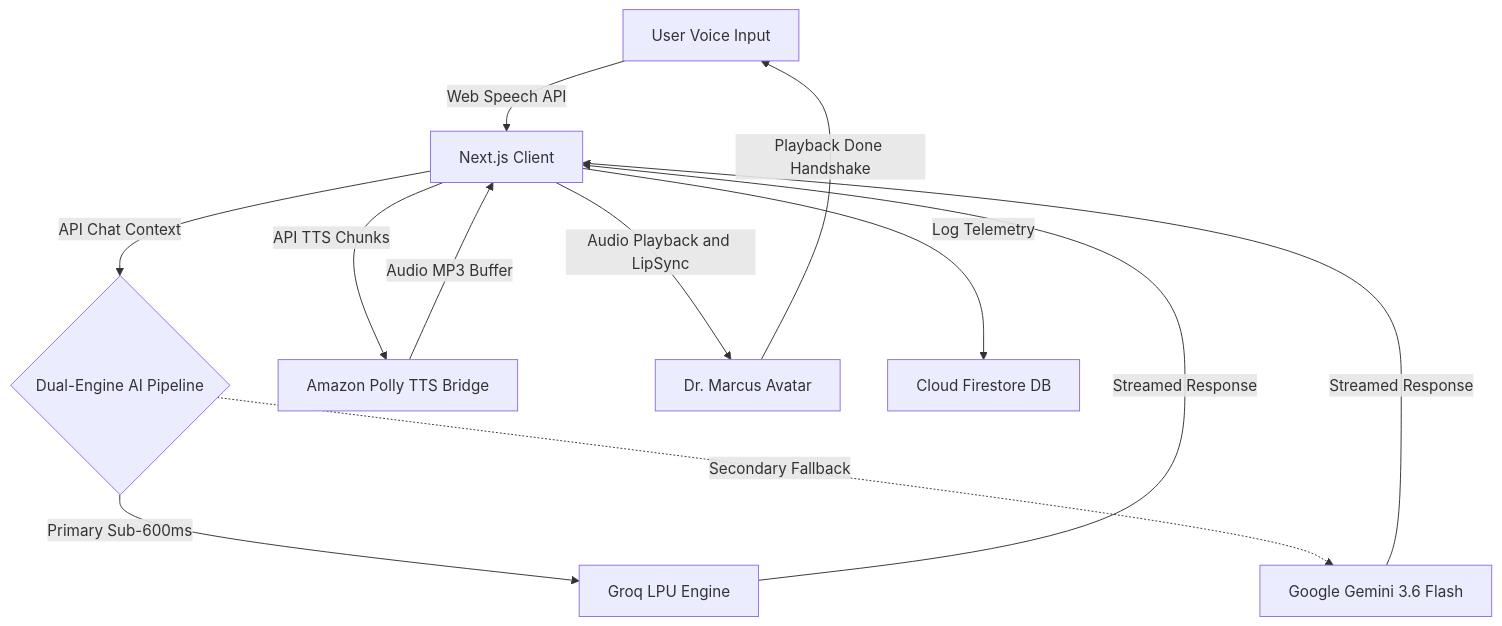
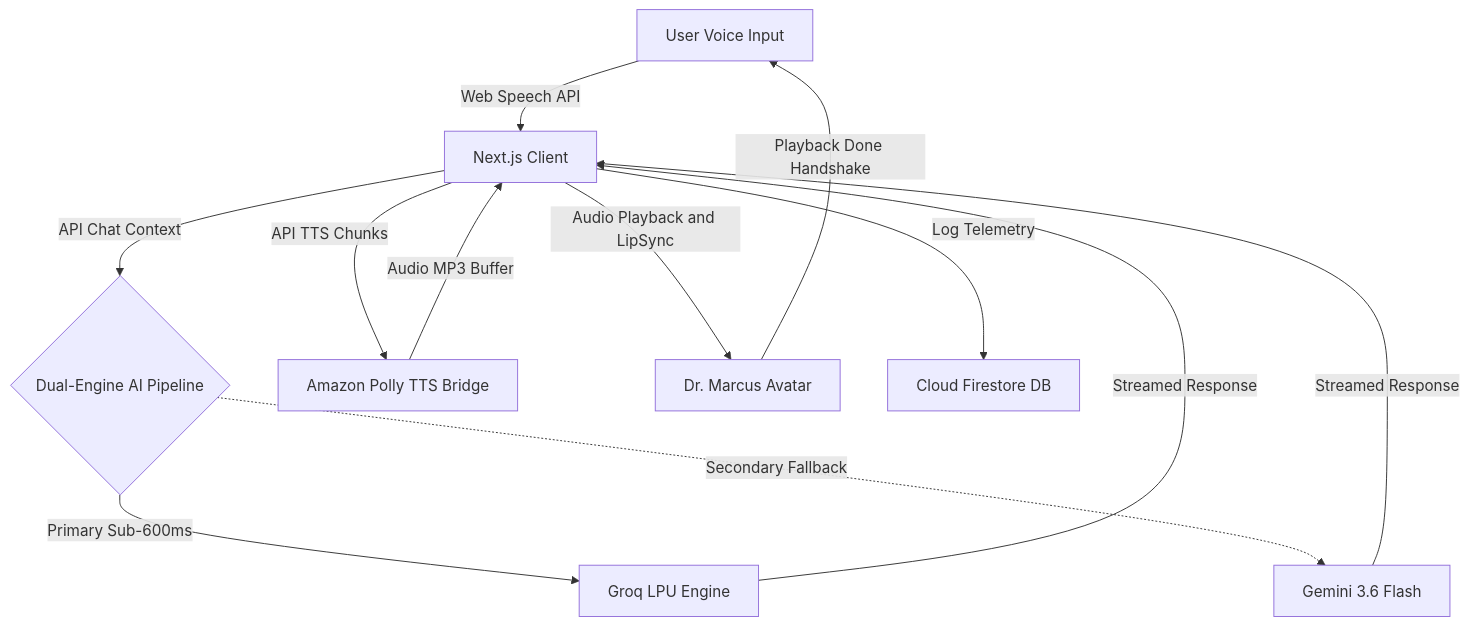
One commit to sayakbhattasali/mind-reset-ai changed the diagram in README.md. Above: the diagram before and after it, drawn with Mermaid.

Commit message:
clear readme cache

````diff
--- a/README.md
+++ b/README.md
@@ -59,14 +59,14 @@
 ```mermaid
 graph TD
     User[User Voice Input] -->|Web Speech API| Client[Next.js Client]
     Client -->|API Chat Context| Pipeline{Dual-Engine AI Pipeline}
     Pipeline -->|Primary Sub-600ms| Groq[Groq LPU Engine]
-    Pipeline -.->|Secondary Fallback| Gemini[Google Gemini 3.6 Flash]
+    Pipeline -.->|Secondary Fallback| Gemini[Gemini 3.6 Flash]
     Groq -->|Streamed Response| Client
     Gemini -->|Streamed Response| Client
     Client -->|API TTS Chunks| Polly[Amazon Polly TTS Bridge]
     Polly -->|Audio MP3 Buffer| Client
     Client -->|Audio Playback and LipSync| Avatar[Dr. Marcus Avatar]
     Avatar -->|Playback Done Handshake| User
     Client -->|Log Telemetry| DB[Cloud Firestore DB]
 ```
````
